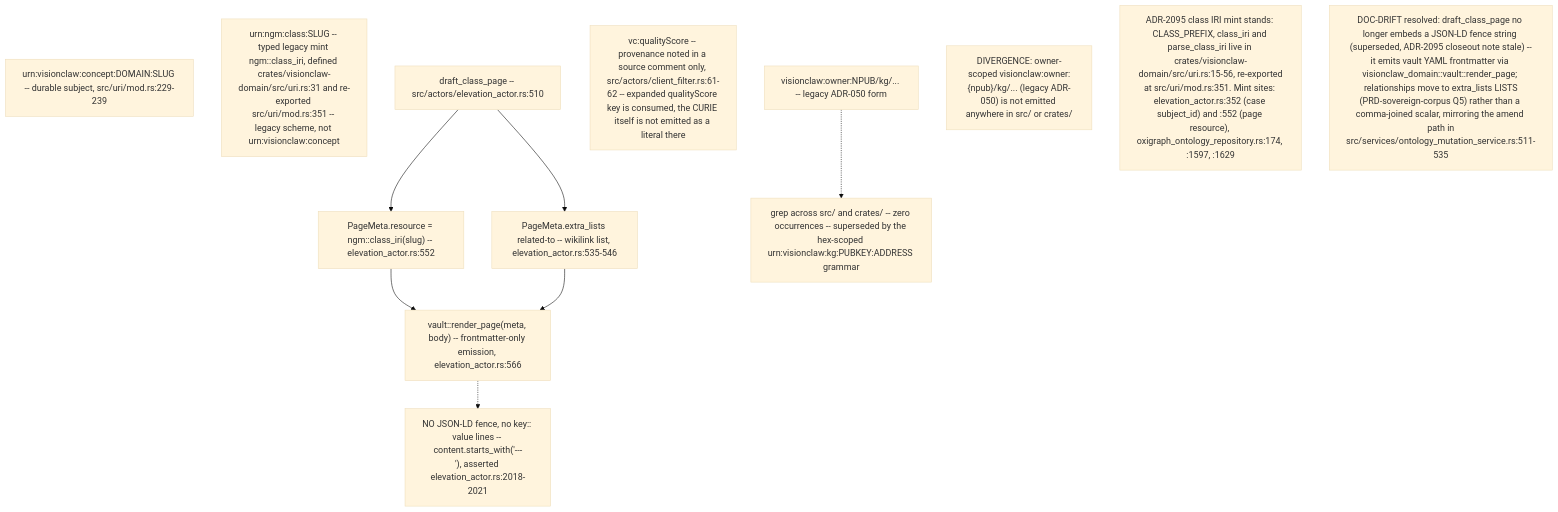
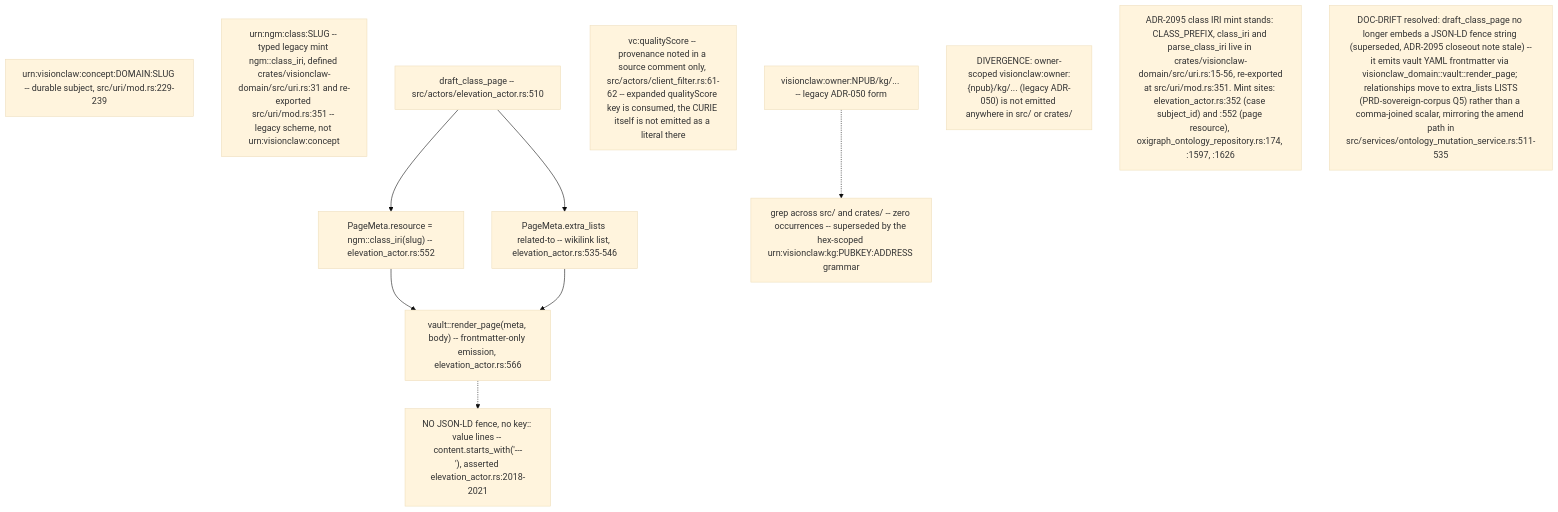
Before and after one commit to DreamLab-AI/VisionFlow: the ninth of 10 diagrams in docs/diagrams/visionclaw/23-identifiers-urn-did-sha12.md, drawn with Mermaid (base theme). The commit also changed other lines of this file and 160 other files, not shown here.

````diff
--- a/docs/diagrams/visionclaw/23-identifiers-urn-did-sha12.md
+++ b/docs/diagrams/visionclaw/23-identifiers-urn-did-sha12.md
@@ -320,16 +319,16 @@
 ```mermaid
 flowchart TD
     Concept["urn:visionclaw:concept:DOMAIN:SLUG -- durable subject, src/uri/mod.rs:229-239"]
     LegacyClass["urn:ngm:class:SLUG -- typed legacy mint ngm::class_iri, defined crates/visionclaw-domain/src/uri.rs:31 and re-exported src/uri/mod.rs:351 -- legacy scheme, not urn:visionclaw:concept"]
     Draft["draft_class_page -- src/actors/elevation_actor.rs:510"] --> Meta["PageMeta.resource = ngm::class_iri(slug) -- elevation_actor.rs:552"]
     Draft --> Lists["PageMeta.extra_lists related-to -- wikilink list, elevation_actor.rs:535-546"]
     Meta --> Render["vault::render_page(meta, body) -- frontmatter-only emission, elevation_actor.rs:566"]
     Lists --> Render
     Render -.-> NoFence["NO JSON-LD fence, no key:: value lines -- content.starts_with('---\n'), asserted elevation_actor.rs:2018-2021"]
     QS["vc:qualityScore -- provenance noted in a source comment only, src/actors/client_filter.rs:61-62 -- expanded qualityScore key is consumed, the CURIE itself is not emitted as a literal there"]
     OwnerScoped["visionclaw:owner:NPUB/kg/... -- legacy ADR-050 form"] -.-> Absent["grep across src/ and crates/ -- zero occurrences -- superseded by the hex-scoped urn:visionclaw:kg:PUBKEY:ADDRESS grammar"]
 
     DivB["DIVERGENCE: owner-scoped visionclaw:owner:{npub}/kg/... (legacy ADR-050) is not emitted anywhere in src/ or crates/"]
-    DriftX["ADR-2095 class IRI mint stands: CLASS_PREFIX, class_iri and parse_class_iri live in crates/visionclaw-domain/src/uri.rs:15-56, re-exported<br/>at src/uri/mod.rs:351. Mint sites: elevation_actor.rs:352 (case subject_id) and :552 (page resource), oxigraph_ontology_repository.rs:174, :1597, :1629"]
+    DriftX["ADR-2095 class IRI mint stands: CLASS_PREFIX, class_iri and parse_class_iri live in crates/visionclaw-domain/src/uri.rs:15-56, re-exported<br/>at src/uri/mod.rs:351. Mint sites: elevation_actor.rs:352 (case subject_id) and :552 (page resource), oxigraph_ontology_repository.rs:174, :1597, :1626"]
     Refactor["DOC-DRIFT resolved: draft_class_page no longer embeds a JSON-LD fence string (superseded, ADR-2095 closeout note stale) --<br/>it emits vault YAML frontmatter via visionclaw_domain::vault::render_page; relationships move to extra_lists LISTS<br/>(PRD-sovereign-corpus Q5) rather than a comma-joined scalar, mirroring the amend path in<br/>src/services/ontology_mutation_service.rs:511-535"]
 ```
````
